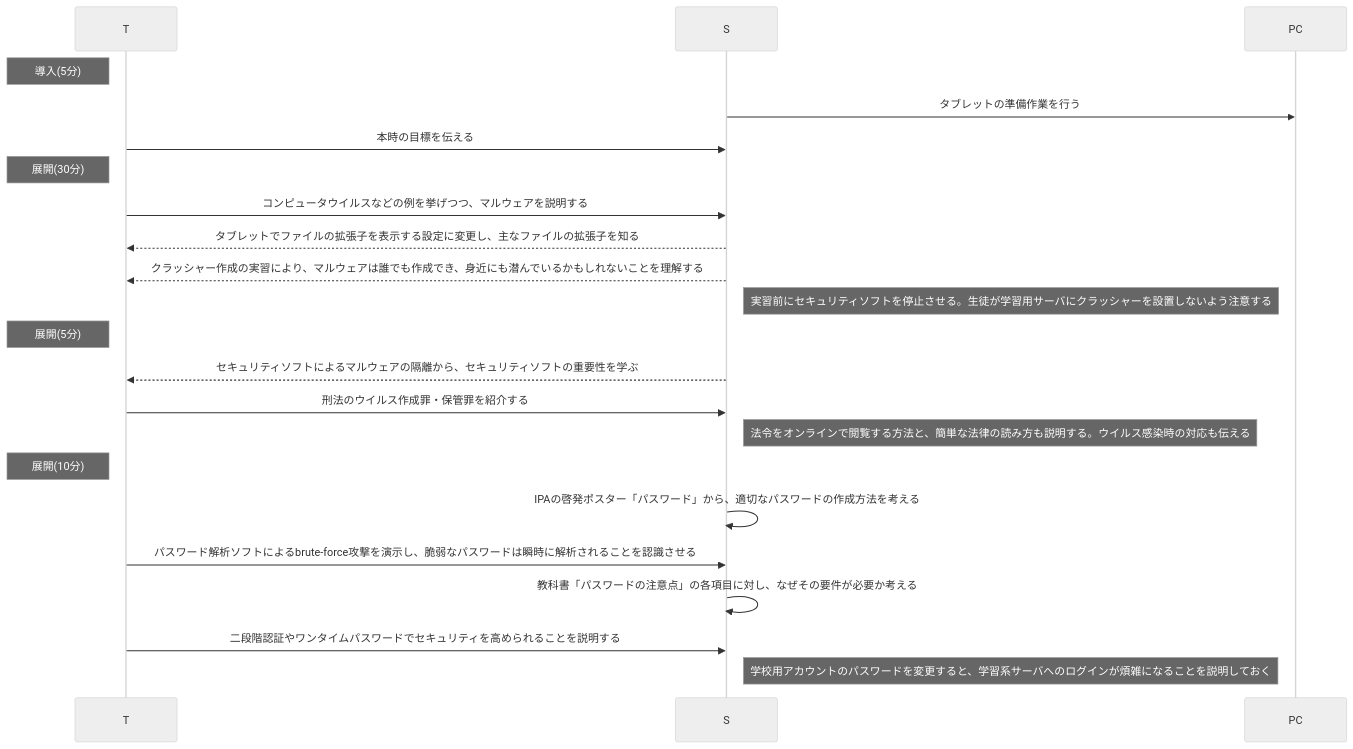
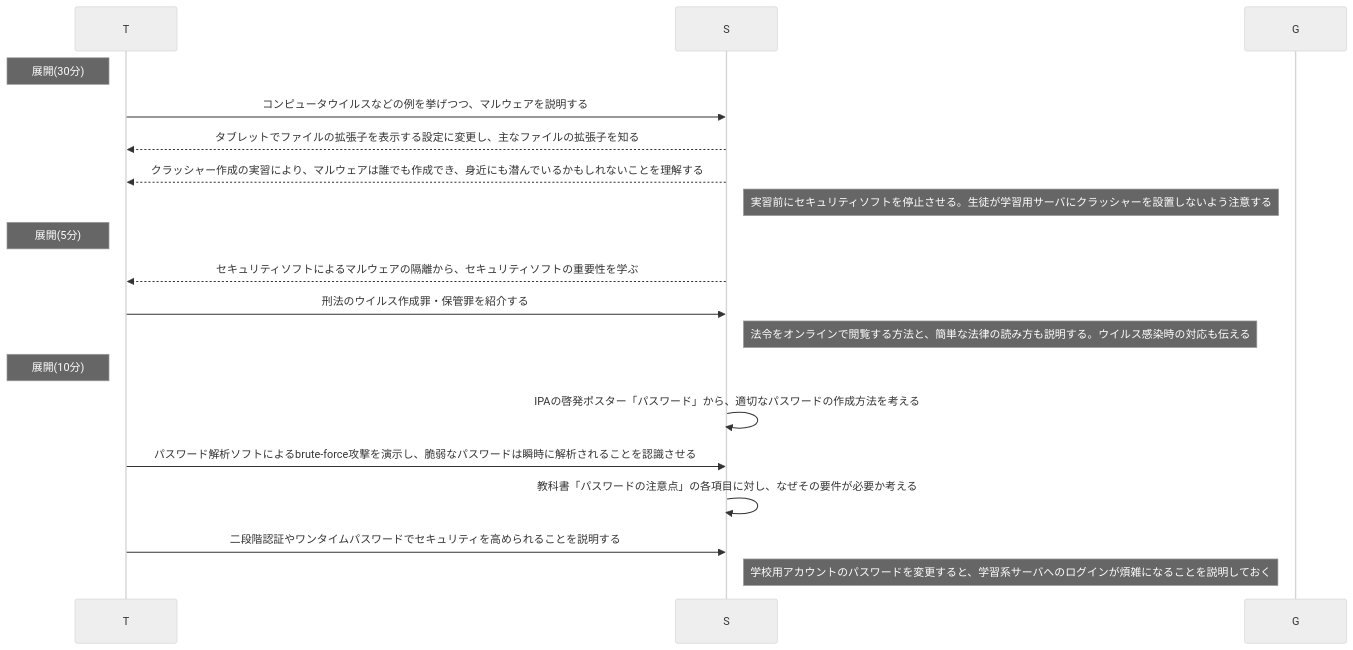
One commit to saireya/plan-informatics changed the second of 4 diagrams in security/sec.md. Above: the diagram before and after it, drawn with Mermaid (neutral theme). The commit also changed other lines of this file and 1 other file, not shown here.

````diff
--- a/security/sec.md
+++ b/security/sec.md
@@ -32,28 +67,24 @@
 ```mermaid
 sequenceDiagram
 	participant T
 	participant S
-	participant PC
-
-Note left of T: 導入(5分)
-	S->>PC: タブレットの準備作業を行う
-	T->>S: 本時の目標を伝える
+	participant G
 
 Note left of T: 展開(30分)
 	T->>S: コンピュータウイルスなどの例を挙げつつ、マルウェアを説明する
 	S-->>T: タブレットでファイルの拡張子を表示する設定に変更し、主なファイルの拡張子を知る
 	S-->>T: クラッシャー作成の実習により、マルウェアは誰でも作成でき、身近にも潜んでいるかもしれないことを理解する
 	Note right of S: 実習前にセキュリティソフトを停止させる。生徒が学習用サーバにクラッシャーを設置しないよう注意する
 
 Note left of T: 展開(5分)
 	S-->>T: セキュリティソフトによるマルウェアの隔離から、セキュリティソフトの重要性を学ぶ
 	T->>S: 刑法のウイルス作成罪・保管罪を紹介する
 	Note right of S: 法令をオンラインで閲覧する方法と、簡単な法律の読み方も説明する。ウイルス感染時の対応も伝える
 
 Note left of T: 展開(10分)
 	S->>S: IPAの啓発ポスター「パスワード」から、適切なパスワードの作成方法を考える
 	T->>S: パスワード解析ソフトによるbrute-force攻撃を演示し、脆弱なパスワードは瞬時に解析されることを認識させる
 	S->>S: 教科書「パスワードの注意点」の各項目に対し、なぜその要件が必要か考える
 	T->>S: 二段階認証やワンタイムパスワードでセキュリティを高められることを説明する
 	Note right of S: 学校用アカウントのパスワードを変更すると、学習系サーバへのログインが煩雑になることを説明しておく
 ```
````
